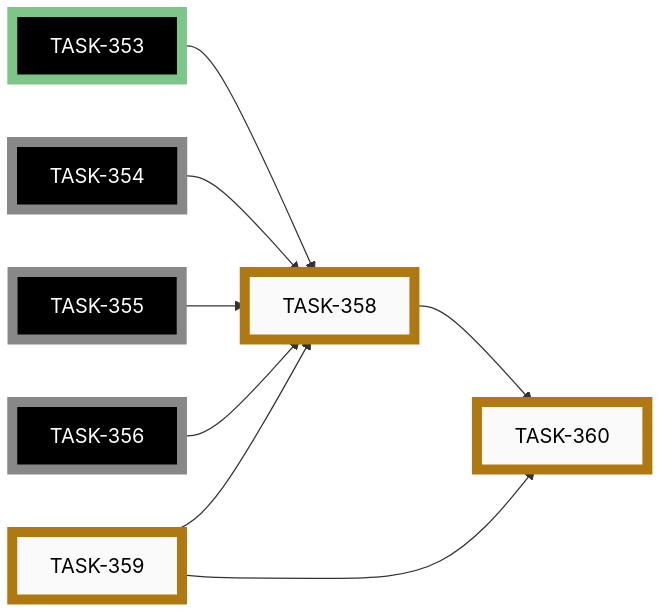
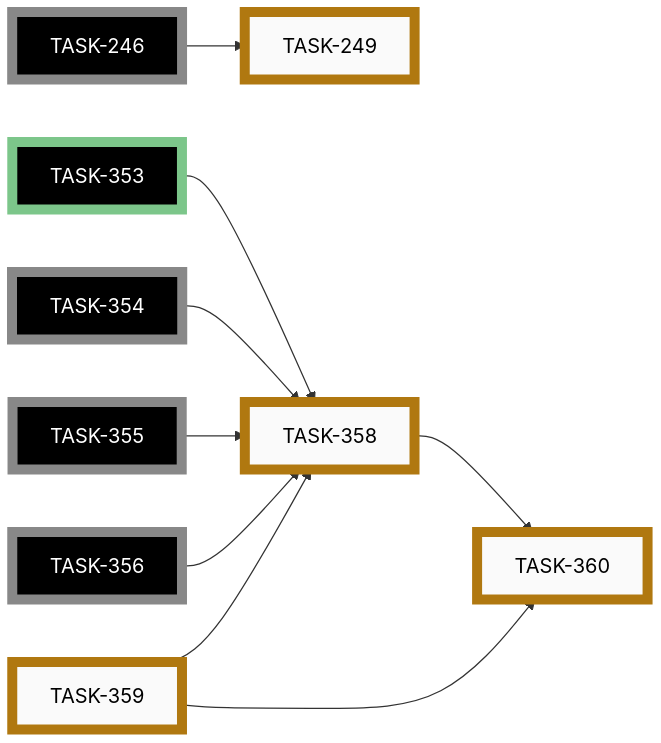
One commit to tgd1975/AwesomeStudioPedal changed the tenth of 12 diagrams in docs/developers/tasks/EPICS.md. Above: the diagram before and after it, drawn with Mermaid. The commit also changed other lines of this file and 3 other files, not shown here.

First line of the commit message:
docs(task-249): re-home to EPIC-025 nrf52840-blocked while hardware unavailable

````diff
--- a/docs/developers/tasks/EPICS.md
+++ b/docs/developers/tasks/EPICS.md
@@ -408,32 +407,36 @@
 ```mermaid
 graph LR
+    TASK_249["TASK-249"]:::paused
     TASK_358["TASK-358"]:::paused
     TASK_359["TASK-359"]:::paused
     TASK_360["TASK-360"]:::paused
+    TASK_246["TASK-246"]:::openExt
     TASK_353["TASK-353"]:::closedExt
     TASK_354["TASK-354"]:::openExt
     TASK_355["TASK-355"]:::openExt
     TASK_356["TASK-356"]:::openExt
+    TASK_246 --> TASK_249
     TASK_353 --> TASK_358
     TASK_354 --> TASK_358
     TASK_355 --> TASK_358
     TASK_356 --> TASK_358
     TASK_359 --> TASK_358
     TASK_358 --> TASK_360
     TASK_359 --> TASK_360
+    click TASK_249 "open/task-249-nrf52840-pairing-pin-unwired.md"
     click TASK_358 "open/task-358-nrf52840-ble-readback-surfaces.md"
     click TASK_359 "open/task-359-remove-nrf5-task-routing-skill.md"
     click TASK_360 "open/task-360-nrf52840-esp32-parity-audit.md"
     click TASK_353 "closed/task-353-feasibility-firmware-ble-readback-surfaces.md"
     click TASK_354 "open/task-354-firmware-version-read-characteristic.md"
     click TASK_355 "open/task-355-firmware-config-readback.md"
     click TASK_356 "open/task-356-firmware-active-profile-notify.md"
     classDef open    fill:#FAFAFA,stroke:#555,stroke-width:8px,color:#000
     classDef active  fill:#FAFAFA,stroke:#1A6FA8,stroke-width:8px,color:#000
     classDef closed  fill:#FAFAFA,stroke:#3F8B53,stroke-width:8px,color:#000
     classDef paused  fill:#FAFAFA,stroke:#B07810,stroke-width:8px,color:#000
     classDef openExt    fill:#000,stroke:#888,stroke-width:8px,color:#FFF
     classDef activeExt  fill:#000,stroke:#3FA9F5,stroke-width:8px,color:#FFF
     classDef closedExt  fill:#000,stroke:#7CC68A,stroke-width:8px,color:#FFF
     classDef pausedExt  fill:#000,stroke:#F0B030,stroke-width:8px,color:#FFF
 ```
````
